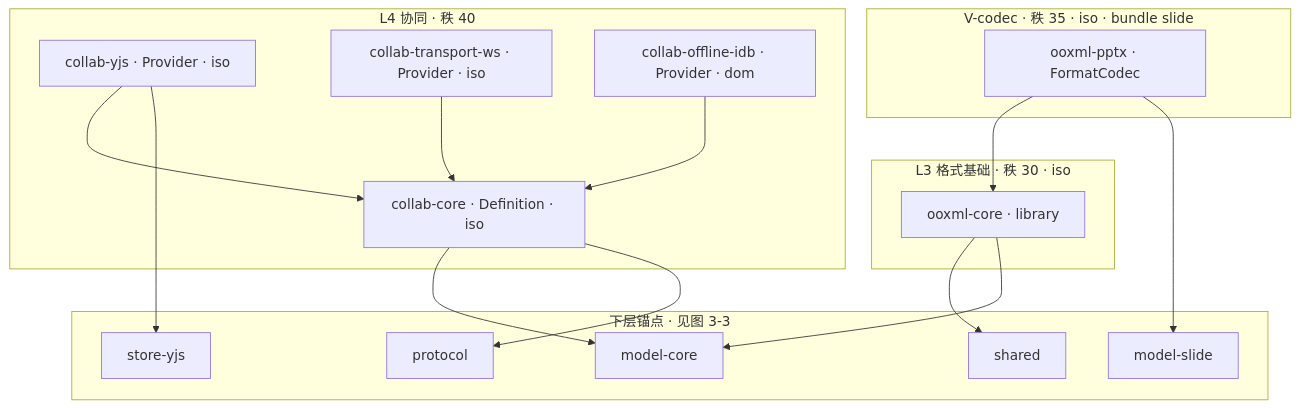
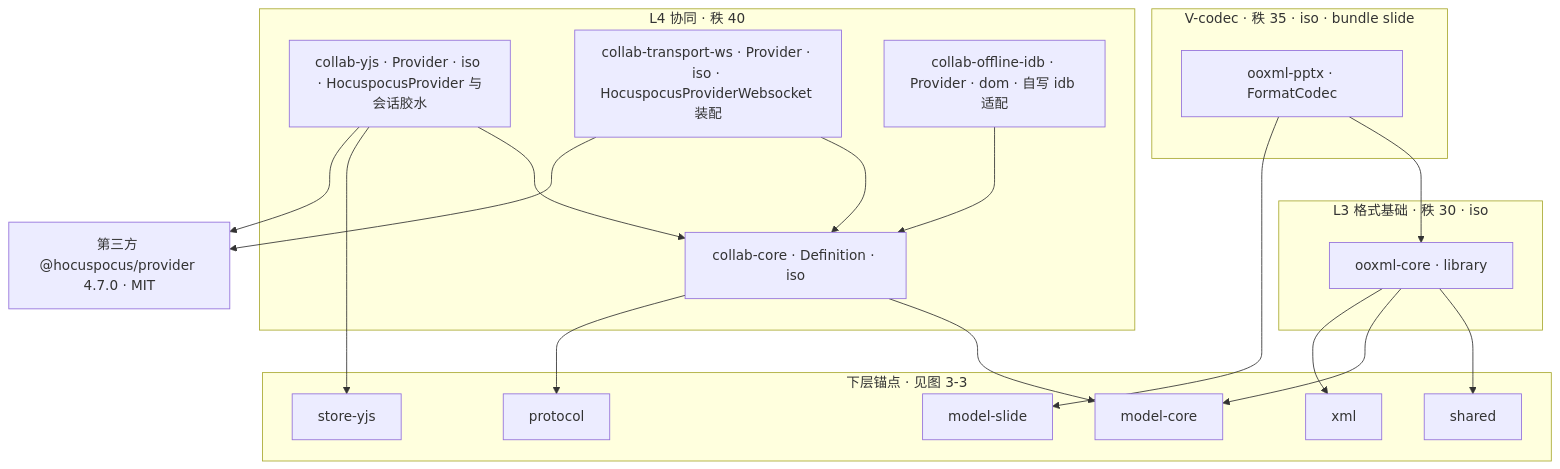
One commit to Xeonice/cordis-ppt-editor changed the eighth of 36 diagrams in docs/40-modules/18-atlas-system-and-frontend.md. Above: the diagram before and after it, drawn with Mermaid. The commit also changed other lines of this file and 78 other files, not shown here.

````diff
--- a/docs/40-modules/18-atlas-system-and-frontend.md
+++ b/docs/40-modules/18-atlas-system-and-frontend.md
@@ -273,32 +274,37 @@
 ```mermaid
 flowchart TB
   subgraph vc["V-codec · 秩 35 · iso · bundle slide"]
     ooxmlPptx["ooxml-pptx · FormatCodec"]
   end
   subgraph l4["L4 协同 · 秩 40"]
     collabCore["collab-core · Definition · iso"]
-    collabYjs["collab-yjs · Provider · iso"]
-    collabWs["collab-transport-ws · Provider · iso"]
-    collabIdb["collab-offline-idb · Provider · dom"]
+    collabYjs["collab-yjs · Provider · iso · HocuspocusProvider 与会话胶水"]
+    collabWs["collab-transport-ws · Provider · iso · HocuspocusProviderWebsocket 装配"]
+    collabIdb["collab-offline-idb · Provider · dom · 自写 idb 适配"]
   end
   subgraph l3["L3 格式基础 · 秩 30 · iso"]
     ooxmlCore["ooxml-core · library"]
   end
   subgraph lower["下层锚点 · 见图 3-3"]
     sharedA["shared"]
     protocolA["protocol"]
     modelCoreA["model-core"]
     storeYjsA["store-yjs"]
     modelSlideA["model-slide"]
+    xmlA["xml"]
   end
+  hpProvider["第三方 @hocuspocus/provider 4.7.0 · MIT"]
   ooxmlPptx --> ooxmlCore
   ooxmlPptx --> modelSlideA
   ooxmlCore --> sharedA
   ooxmlCore --> modelCoreA
+  ooxmlCore --> xmlA
   collabCore --> modelCoreA
   collabCore --> protocolA
   collabYjs --> collabCore
   collabYjs --> storeYjsA
   collabWs --> collabCore
   collabIdb --> collabCore
+  collabYjs --> hpProvider
+  collabWs --> hpProvider
 ```
````
